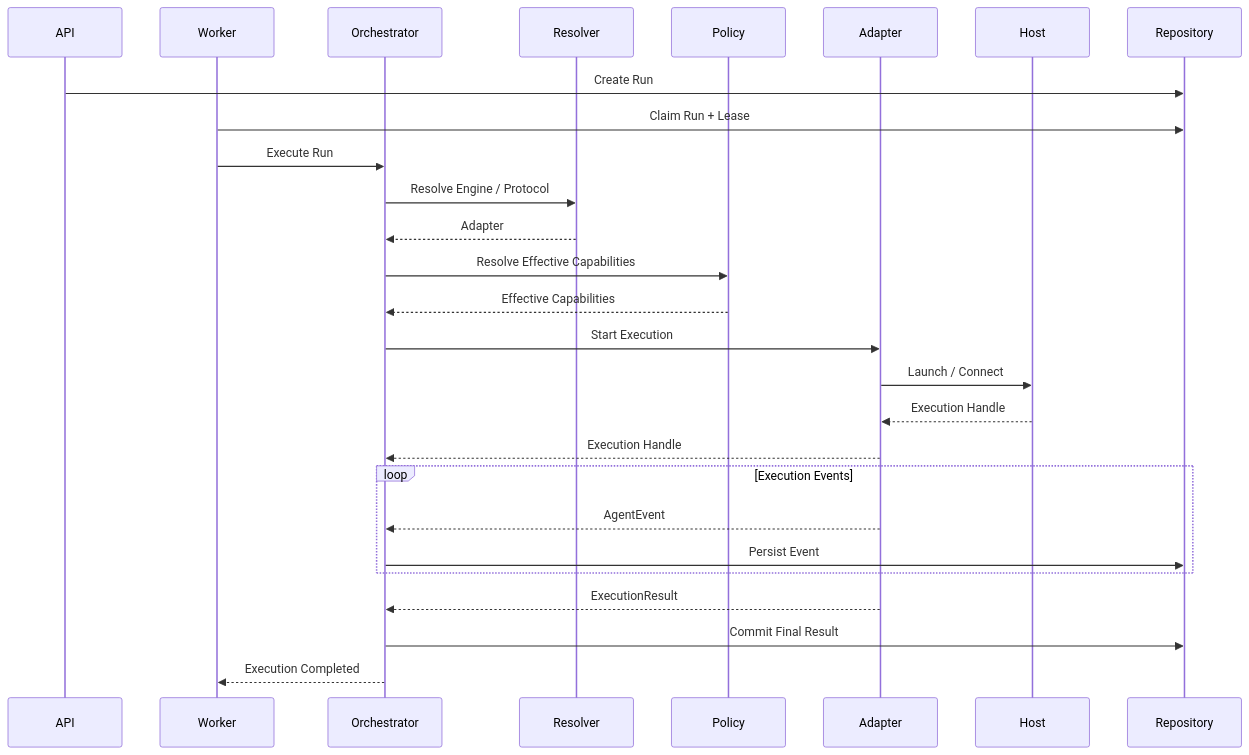
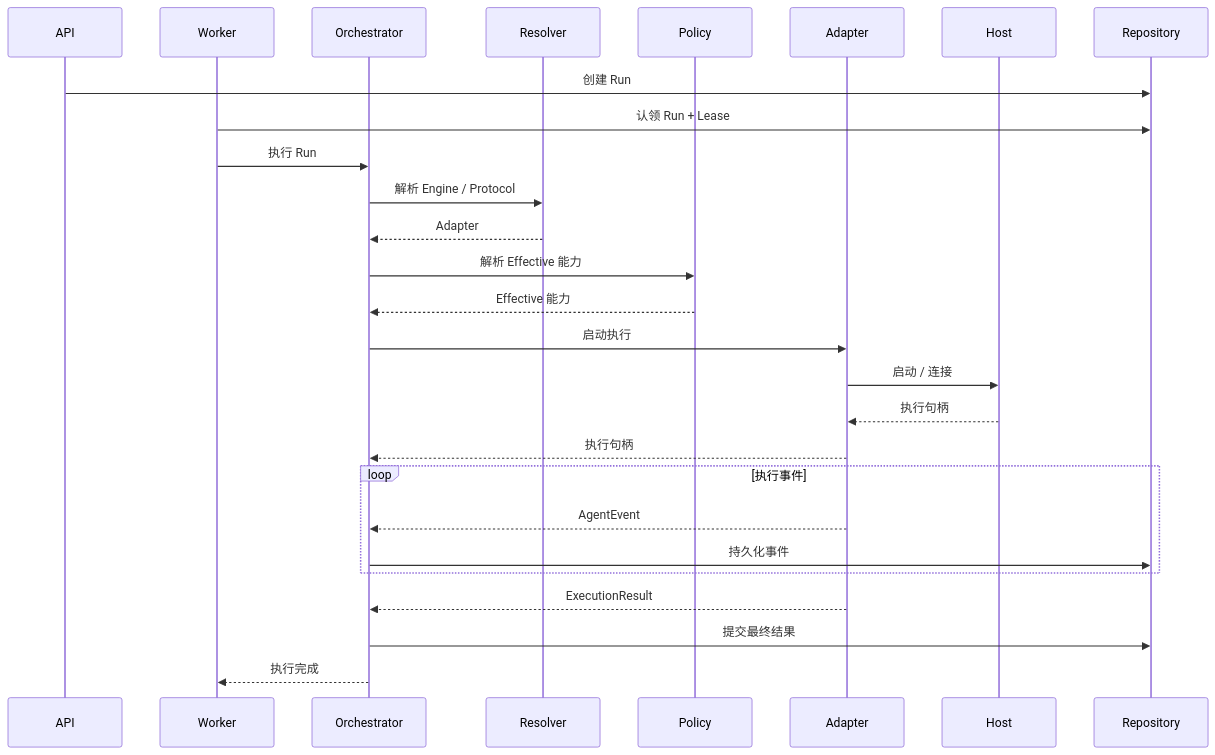
Before and after one commit to GroundedCoreAI/nexusdesk: the second of 2 diagrams in docs/architecture/agent-execution-platform-v2.md, drawn with Mermaid. The commit also changed other lines of this file and 3 other files, not shown here.

First line of the commit message:
docs(architecture): --no-issue add bilingual execution platform architecture

````diff
--- a/docs/architecture/agent-execution-platform-v2.md
+++ b/docs/architecture/agent-execution-platform-v2.md
@@ -508,30 +508,30 @@
 ```mermaid
 sequenceDiagram
     participant API
     participant Worker
     participant Orchestrator
     participant Resolver
     participant Policy
     participant Adapter
     participant Host
     participant Repository
 
-    API->>Repository: Create Run
-    Worker->>Repository: Claim Run + Lease
-    Worker->>Orchestrator: Execute Run
-    Orchestrator->>Resolver: Resolve Engine / Protocol
+    API->>Repository: 创建 Run
+    Worker->>Repository: 认领 Run + Lease
+    Worker->>Orchestrator: 执行 Run
+    Orchestrator->>Resolver: 解析 Engine / Protocol
     Resolver-->>Orchestrator: Adapter
-    Orchestrator->>Policy: Resolve Effective Capabilities
-    Policy-->>Orchestrator: Effective Capabilities
-    Orchestrator->>Adapter: Start Execution
-    Adapter->>Host: Launch / Connect
-    Host-->>Adapter: Execution Handle
-    Adapter-->>Orchestrator: Execution Handle
-    loop Execution Events
+    Orchestrator->>Policy: 解析 Effective 能力
+    Policy-->>Orchestrator: Effective 能力
+    Orchestrator->>Adapter: 启动执行
+    Adapter->>Host: 启动 / 连接
+    Host-->>Adapter: 执行句柄
+    Adapter-->>Orchestrator: 执行句柄
+    loop 执行事件
         Adapter-->>Orchestrator: AgentEvent
-        Orchestrator->>Repository: Persist Event
+        Orchestrator->>Repository: 持久化事件
     end
     Adapter-->>Orchestrator: ExecutionResult
-    Orchestrator->>Repository: Commit Final Result
-    Orchestrator-->>Worker: Execution Completed
+    Orchestrator->>Repository: 提交最终结果
+    Orchestrator-->>Worker: 执行完成
 ```
````
